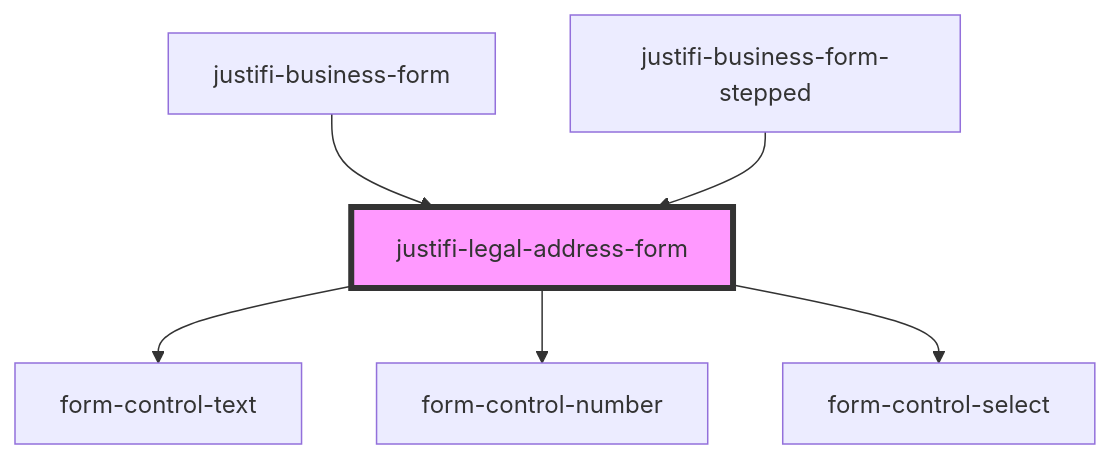
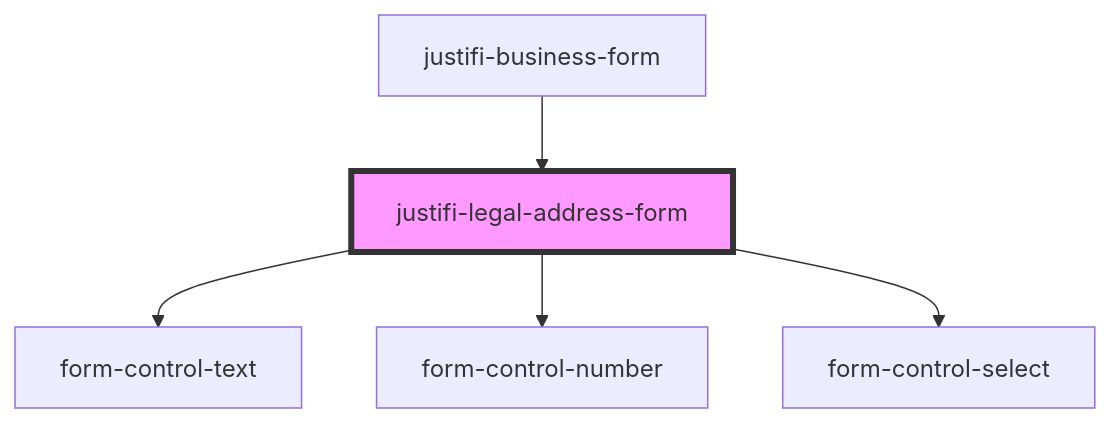
The diagram in packages/webcomponents/src/components/business-form/legal-address-form/readme.md (justifi-tech/web-component-library), drawn with Mermaid before and after one commit. The commit also changed other lines of this file and 33 other files, not shown here.

Commit message:
Separate business-form-stepped into new directory, delete unused schema files

````diff
--- a/packages/webcomponents/src/components/business-form/legal-address-form/readme.md
+++ b/packages/webcomponents/src/components/business-form/legal-address-form/readme.md
@@ -29,9 +28,8 @@
 ```mermaid
 graph TD;
   justifi-legal-address-form --> form-control-text
   justifi-legal-address-form --> form-control-number
   justifi-legal-address-form --> form-control-select
   justifi-business-form --> justifi-legal-address-form
-  justifi-business-form-stepped --> justifi-legal-address-form
   style justifi-legal-address-form fill:#f9f,stroke:#333,stroke-width:4px
 ```
````
